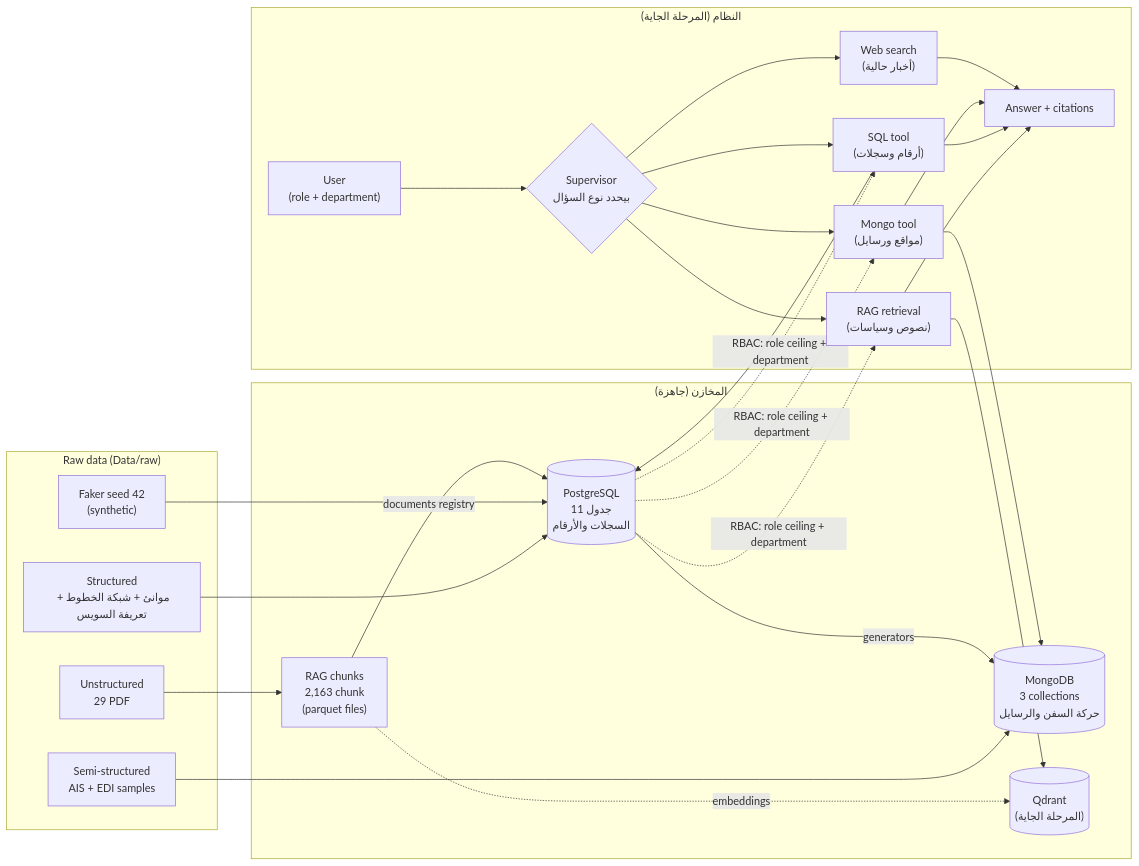
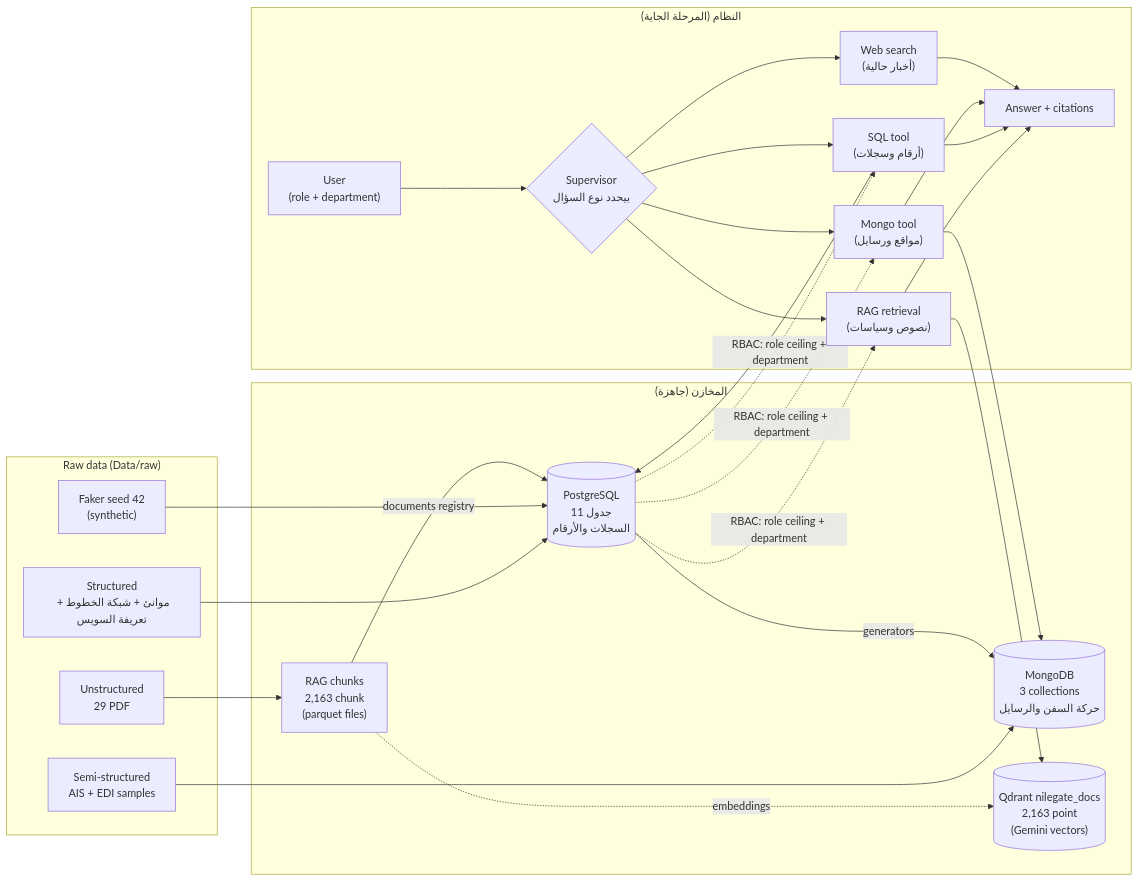
The first of 3 diagrams in docs/DATA_MAP.md (mahmoudsameh00/nilegate-ports-ai), drawn with Mermaid before and after one commit. The commit also changed other lines of this file and 28 other files, not shown here.

````diff
--- a/docs/DATA_MAP.md
+++ b/docs/DATA_MAP.md
@@ -10,42 +10,42 @@
 ```mermaid
 flowchart LR
     subgraph RAW["Raw data (Data/raw)"]
         R1["Structured<br/>موانئ + شبكة الخطوط + تعريفة السويس"]
         R2["Semi-structured<br/>AIS + EDI samples"]
         R3["Unstructured<br/>29 PDF"]
         R4["Faker seed 42<br/>(synthetic)"]
     end
 
     subgraph STORES["المخازن (جاهزة)"]
         PG[("PostgreSQL<br/>11 جدول<br/>السجلات والأرقام")]
         MG[("MongoDB<br/>3 collections<br/>حركة السفن والرسايل")]
         CH["RAG chunks<br/>2,163 chunk<br/>(parquet files)"]
-        QD[("Qdrant<br/>(المرحلة الجاية)")]
+        QD[("Qdrant nilegate_docs<br/>2,163 point<br/>(Gemini vectors)")]
     end
 
     R1 --> PG
     R4 --> PG
     R2 --> MG
     PG -->|"generators"| MG
     R3 --> CH
     CH -.->|"embeddings"| QD
     CH -->|"documents registry"| PG
 
     subgraph APP["النظام (المرحلة الجاية)"]
         U["User<br/>(role + department)"]
         SUP{"Supervisor<br/>بيحدد نوع السؤال"}
         T1["RAG retrieval<br/>(نصوص وسياسات)"]
         T2["SQL tool<br/>(أرقام وسجلات)"]
         T3["Mongo tool<br/>(مواقع ورسايل)"]
         T4["Web search<br/>(أخبار حالية)"]
         ANS["Answer + citations"]
     end
 
     U --> SUP
     SUP --> T1 & T2 & T3 & T4
     T1 --> QD
     T2 --> PG
     T3 --> MG
     T1 & T2 & T3 & T4 --> ANS
     PG -.->|"RBAC: role ceiling + department"| T1 & T2 & T3
 ```
````
